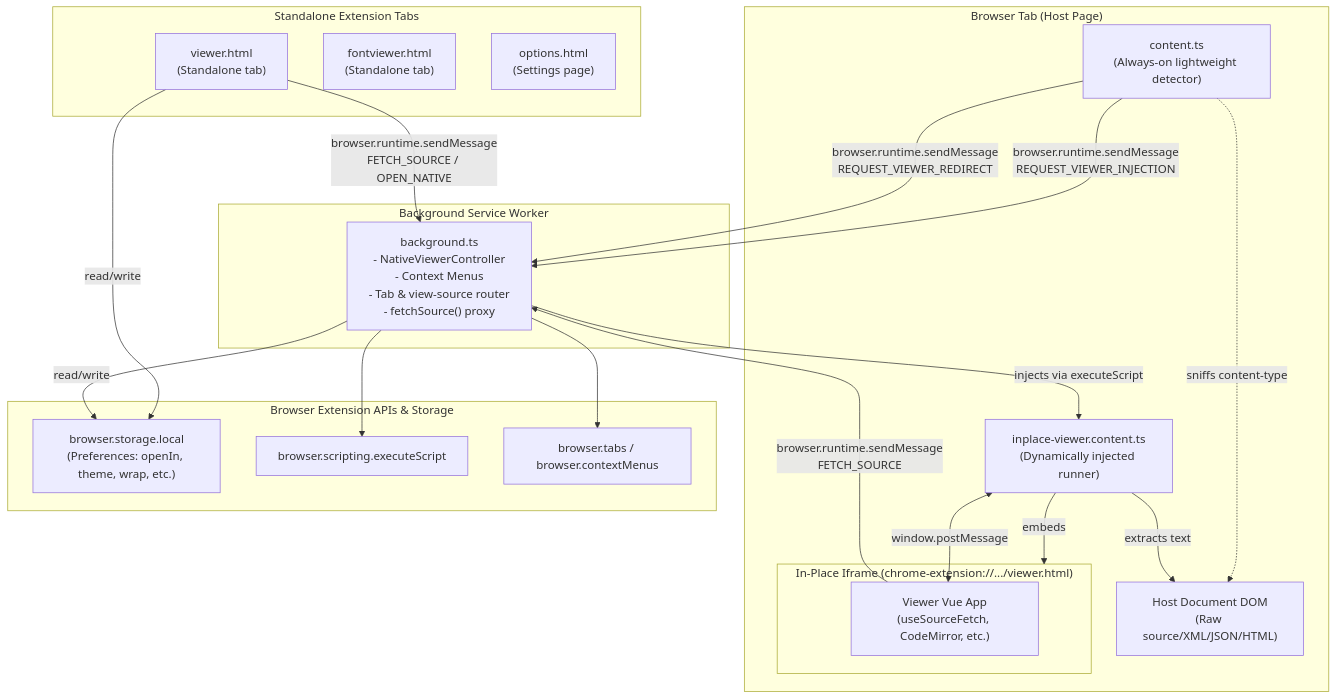
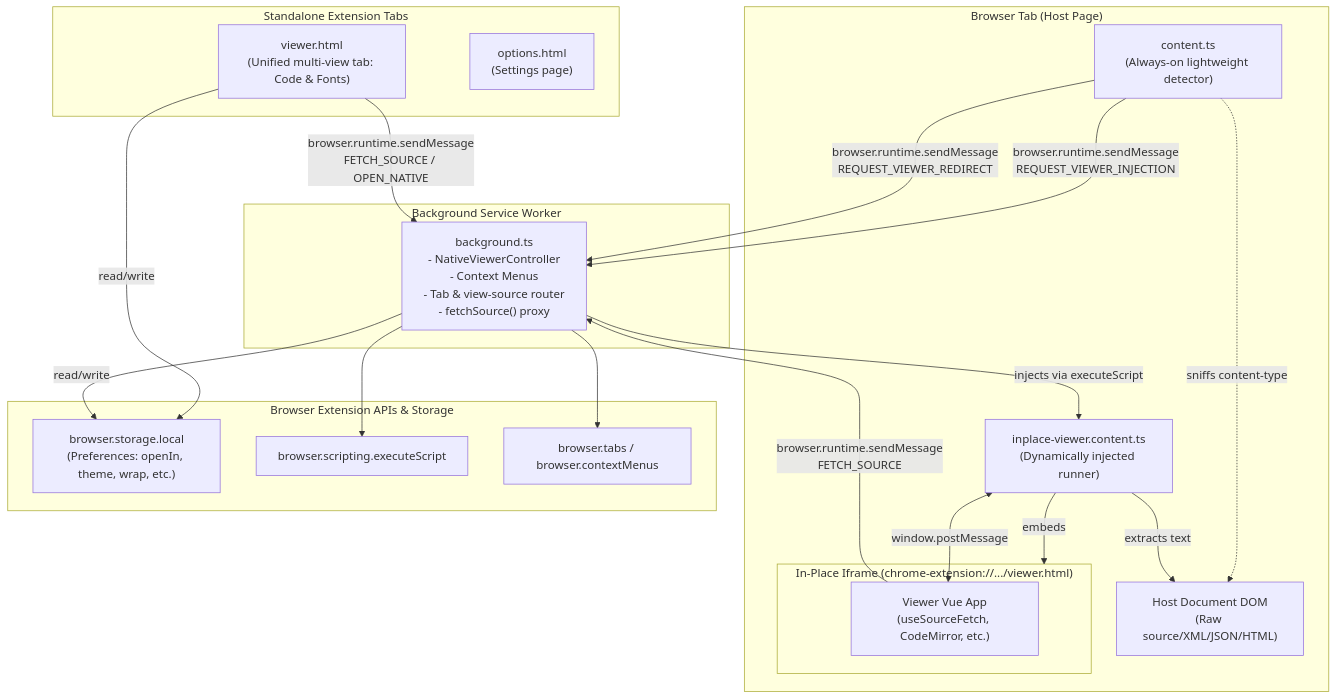
One commit to Kobee1203/source-viewer-web-extension changed the first of 6 diagrams in docs/agents/architecture.md. Above: the diagram before and after it, drawn with Mermaid. The commit also changed other lines of this file and 44 other files, not shown here.

First line of the commit message:
feat(viewer): unify font and code views into single viewer application

````diff
--- a/docs/agents/architecture.md
+++ b/docs/agents/architecture.md
@@ -25,45 +25,44 @@
 ```mermaid
 flowchart TB
     subgraph BrowserHostTab["Browser Tab (Host Page)"]
         HostDOM["Host Document DOM\n(Raw source/XML/JSON/HTML)"]
         CS_Light["content.ts\n(Always-on lightweight detector)"]
         CS_Inplace["inplace-viewer.content.ts\n(Dynamically injected runner)"]
 
         subgraph InPlaceIframe["In-Place Iframe (chrome-extension://.../viewer.html)"]
             IframeApp["Viewer Vue App\n(useSourceFetch, CodeMirror, etc.)"]
         end
 
         CS_Light -.->|sniffs content-type| HostDOM
         CS_Inplace -->|extracts text| HostDOM
         CS_Inplace -->|embeds| InPlaceIframe
         IframeApp <-->|window.postMessage| CS_Inplace
     end
 
     subgraph BackgroundContext["Background Service Worker"]
         SW["background.ts\n- NativeViewerController\n- Context Menus\n- Tab & view-source router\n- fetchSource() proxy"]
     end
 
     subgraph StandaloneTabs["Standalone Extension Tabs"]
-        ViewerTab["viewer.html\n(Standalone tab)"]
-        FontViewerTab["fontviewer.html\n(Standalone tab)"]
+        ViewerTab["viewer.html\n(Unified multi-view tab: Code & Fonts)"]
         OptionsTab["options.html\n(Settings page)"]
     end
 
     subgraph BrowserAPIs["Browser Extension APIs & Storage"]
         BrowserStorage["browser.storage.local\n(Preferences: openIn, theme, wrap, etc.)"]
         BrowserScripting["browser.scripting.executeScript"]
         BrowserTabs["browser.tabs / browser.contextMenus"]
     end
 
     CS_Light -->|browser.runtime.sendMessage\nREQUEST_VIEWER_INJECTION| SW
     CS_Light -->|browser.runtime.sendMessage\nREQUEST_VIEWER_REDIRECT| SW
     SW -->|injects via executeScript| CS_Inplace
 
     IframeApp -->|browser.runtime.sendMessage\nFETCH_SOURCE| SW
     ViewerTab -->|browser.runtime.sendMessage\nFETCH_SOURCE / OPEN_NATIVE| SW
 
     ViewerTab -->|read/write| BrowserStorage
     SW -->|read/write| BrowserStorage
     SW --> BrowserTabs
     SW --> BrowserScripting
 ```
````
